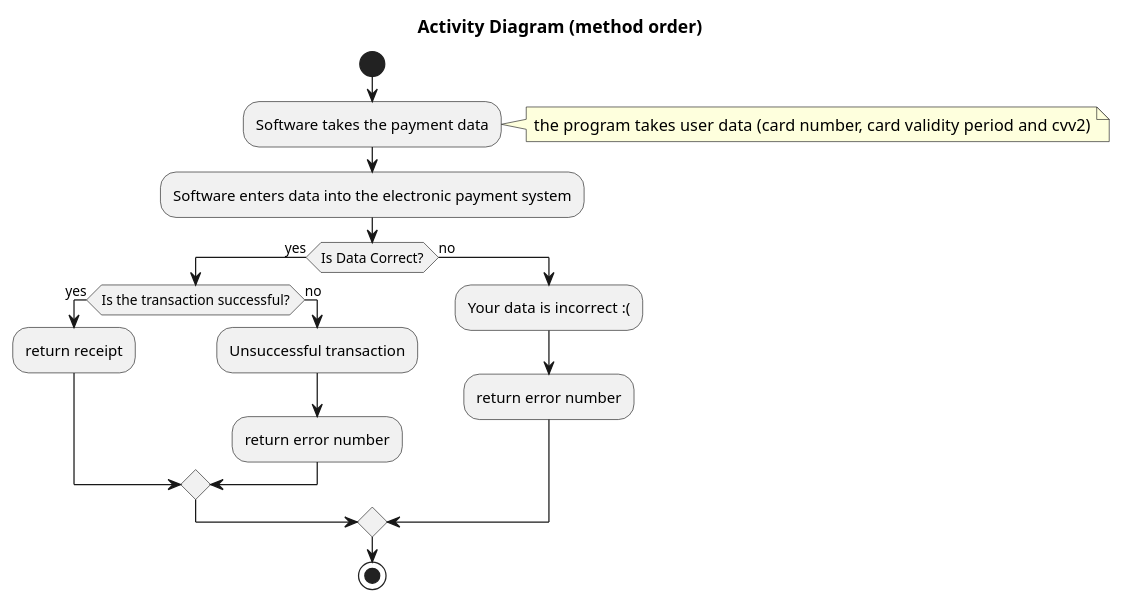
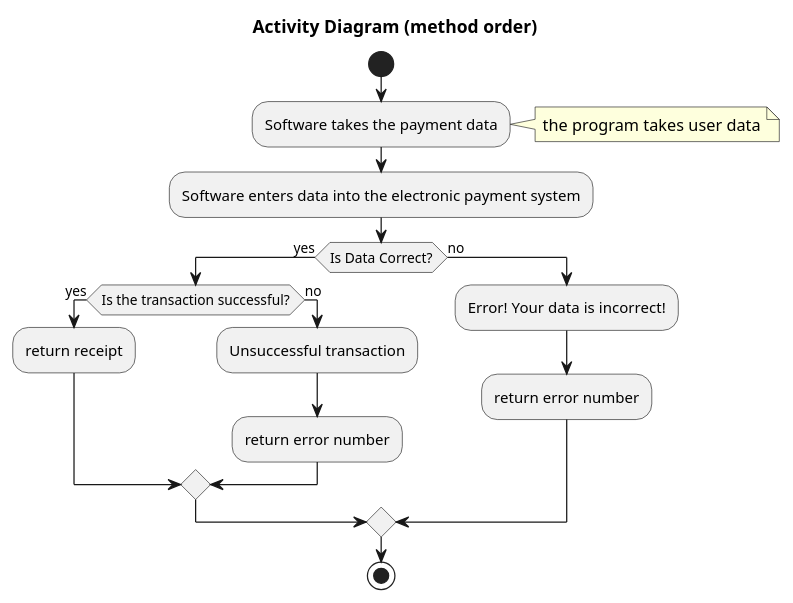
One commit to oleksandrblazhko/ai-216-zaporozhchenko changed the diagram in 2-SoftwareDesign/2.7-PlantUML/UML-Activity.puml. Above: the diagram before and after it, drawn with PlantUML.

```diff
--- a/2-SoftwareDesign/2.7-PlantUML/UML-Activity.puml
+++ b/2-SoftwareDesign/2.7-PlantUML/UML-Activity.puml
@@ -1,26 +1,26 @@
 @startuml
 
 title Activity Diagram (method order)
 
 start
 
 :Software takes the payment data;
-note right: the program takes user data (card number, card validity period and cvv2)
+note right: the program takes user data
 
 :Software enters data into the electronic payment system;
 
 if (Is Data Correct?) then (yes)
   if (Is the transaction successful?) then (yes)
     :return receipt;
   else (no)
     :Unsuccessful transaction;
     :return error number;
 endif  
 else (no)
-  :Your data is incorrect :(;
+  :Error! Your data is incorrect!;
   :return error number;
 endif
 
 stop
 
 @enduml
```
